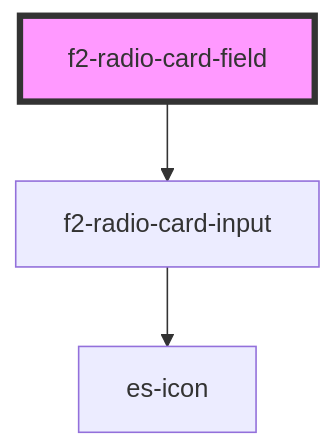
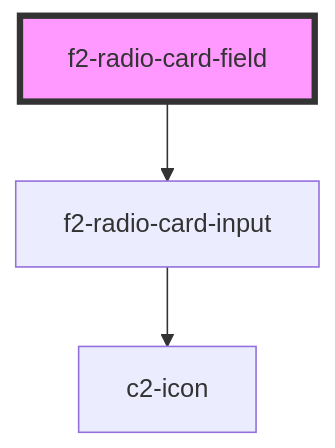
The diagram in packages/fields/src/components/radio-card/field/readme.md (EventStore/Design-System), drawn with Mermaid before and after one commit. The commit also changed other lines of this file and 512 other files, not shown here.

````diff
--- a/packages/fields/src/components/radio-card/field/readme.md
+++ b/packages/fields/src/components/radio-card/field/readme.md
@@ -142,6 +142,6 @@
 ```mermaid
 graph TD;
   f2-radio-card-field --> f2-radio-card-input
-  f2-radio-card-input --> es-icon
+  f2-radio-card-input --> c2-icon
   style f2-radio-card-field fill:#f9f,stroke:#333,stroke-width:4px
 ```
````
